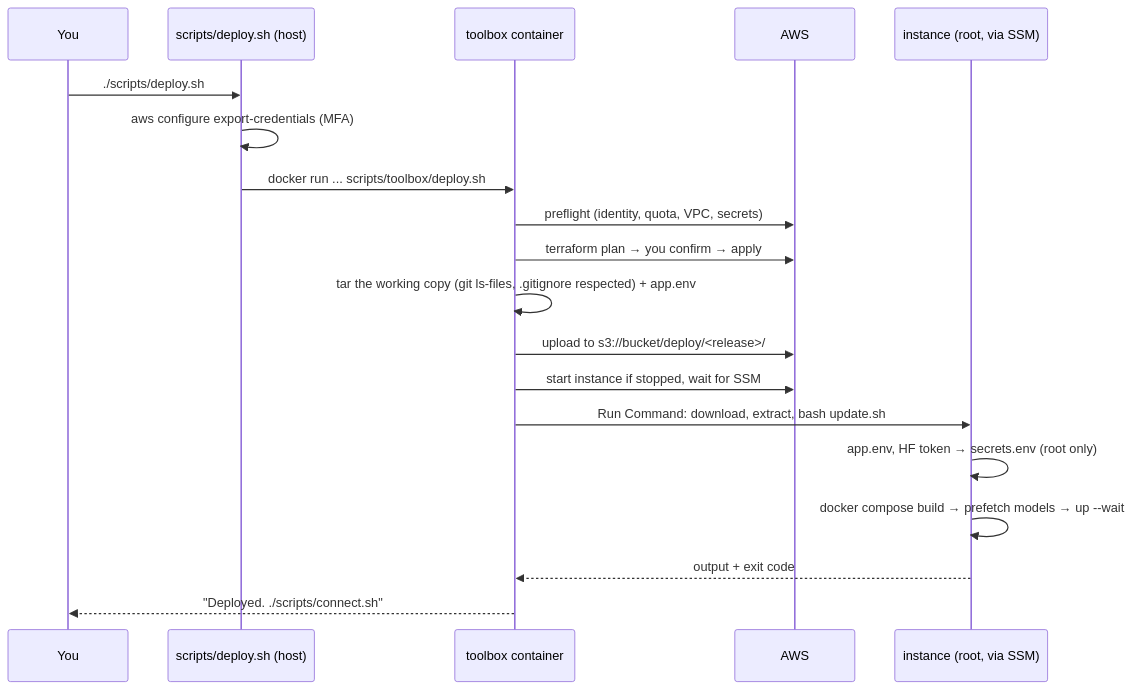
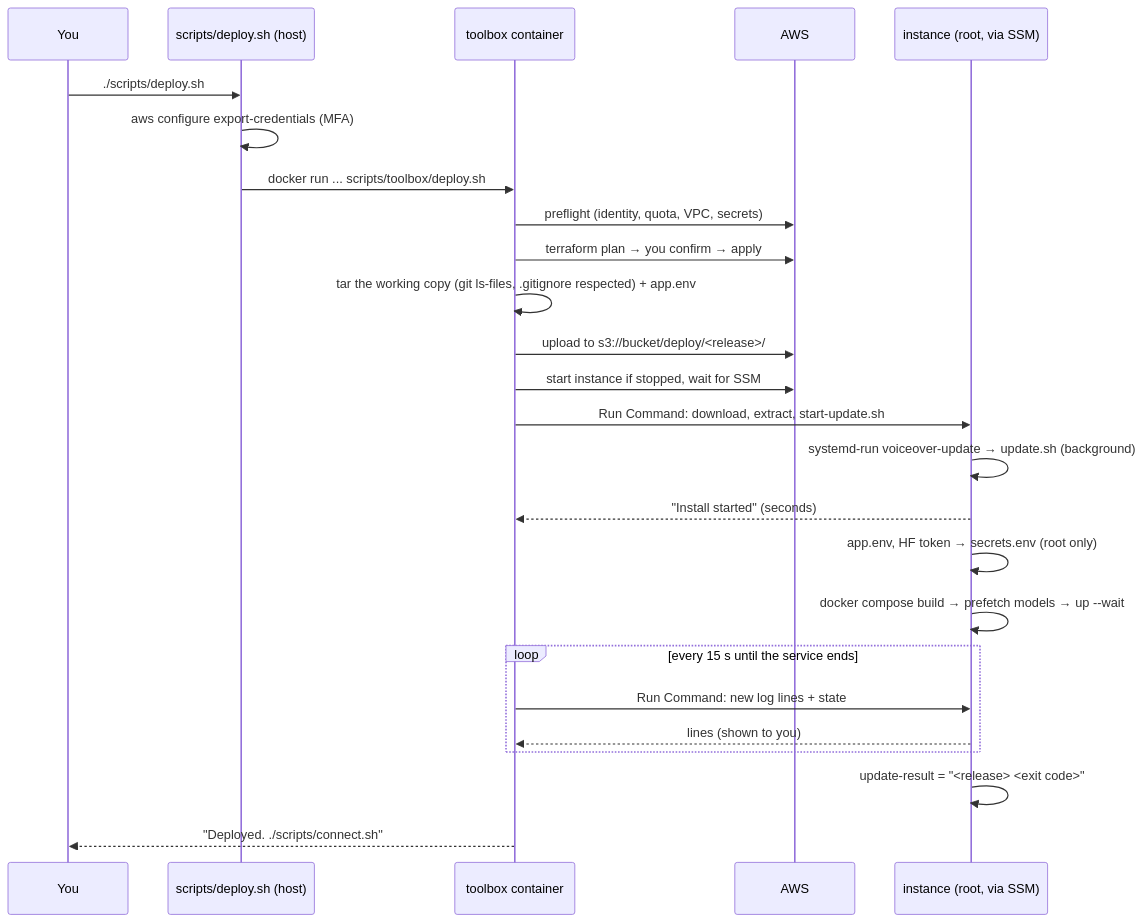
Before and after one commit to WornKeys/voiceover-studio: the third of 4 diagrams in docs/architecture.md, drawn with Mermaid. The commit also changed other lines of this file and 10 other files, not shown here.

First line of the commit message:
Deploy: run the install in the background and follow its log

````diff
--- a/docs/architecture.md
+++ b/docs/architecture.md
@@ -161,21 +161,27 @@
 ```mermaid
 sequenceDiagram
   participant You
   participant Host as scripts/deploy.sh (host)
   participant TB as toolbox container
   participant AWS
   participant EC2 as instance (root, via SSM)
   You->>Host: ./scripts/deploy.sh
   Host->>Host: aws configure export-credentials (MFA)
   Host->>TB: docker run ... scripts/toolbox/deploy.sh
   TB->>AWS: preflight (identity, quota, VPC, secrets)
   TB->>AWS: terraform plan → you confirm → apply
   TB->>TB: tar the working copy (git ls-files, .gitignore respected) + app.env
   TB->>AWS: upload to s3://bucket/deploy/<release>/
   TB->>AWS: start instance if stopped, wait for SSM
-  TB->>EC2: Run Command: download, extract, bash update.sh
+  TB->>EC2: Run Command: download, extract, start-update.sh
+  EC2->>EC2: systemd-run voiceover-update → update.sh (background)
+  EC2-->>TB: "Install started" (seconds)
   EC2->>EC2: app.env, HF token → secrets.env (root only)
   EC2->>EC2: docker compose build → prefetch models → up --wait
-  EC2-->>TB: output + exit code
+  loop every 15 s until the service ends
+    TB->>EC2: Run Command: new log lines + state
+    EC2-->>TB: lines (shown to you)
+  end
+  EC2->>EC2: update-result = "<release> <exit code>"
   TB-->>You: "Deployed. ./scripts/connect.sh"
 ```
````
